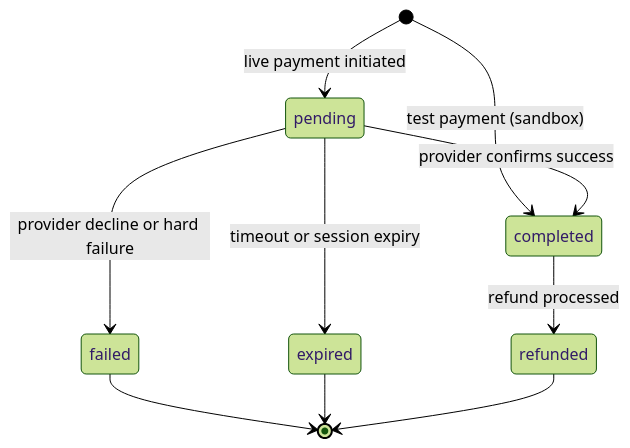
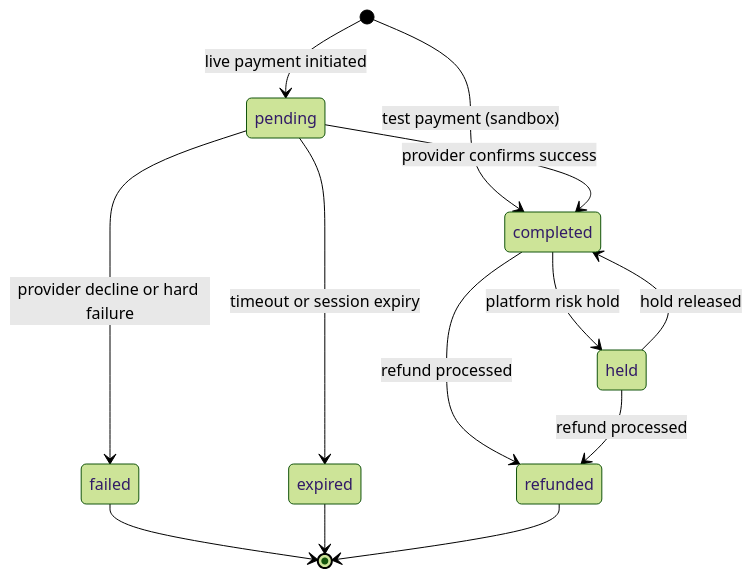
One commit to alphajoop/lomi changed the diagram in apps/docs/content/docs/api/payment-state-machine.mdx. Above: the diagram before and after it, drawn with Mermaid (forest theme). The commit also changed other lines of this file and 13 other files, not shown here.

````diff
--- a/apps/docs/content/docs/api/payment-state-machine.mdx
+++ b/apps/docs/content/docs/api/payment-state-machine.mdx
@@ -13,12 +13,15 @@
 ```mermaid
 stateDiagram-v2
   [*] --> pending: live payment initiated
   [*] --> completed: test payment (sandbox)
   pending --> completed: provider confirms success
   pending --> failed: provider decline or hard failure
   pending --> expired: timeout or session expiry
   completed --> refunded: refund processed
+  completed --> held: platform risk hold
+  held --> completed: hold released
+  held --> refunded: refund processed
   failed --> [*]
   expired --> [*]
   refunded --> [*]
 ```
````
